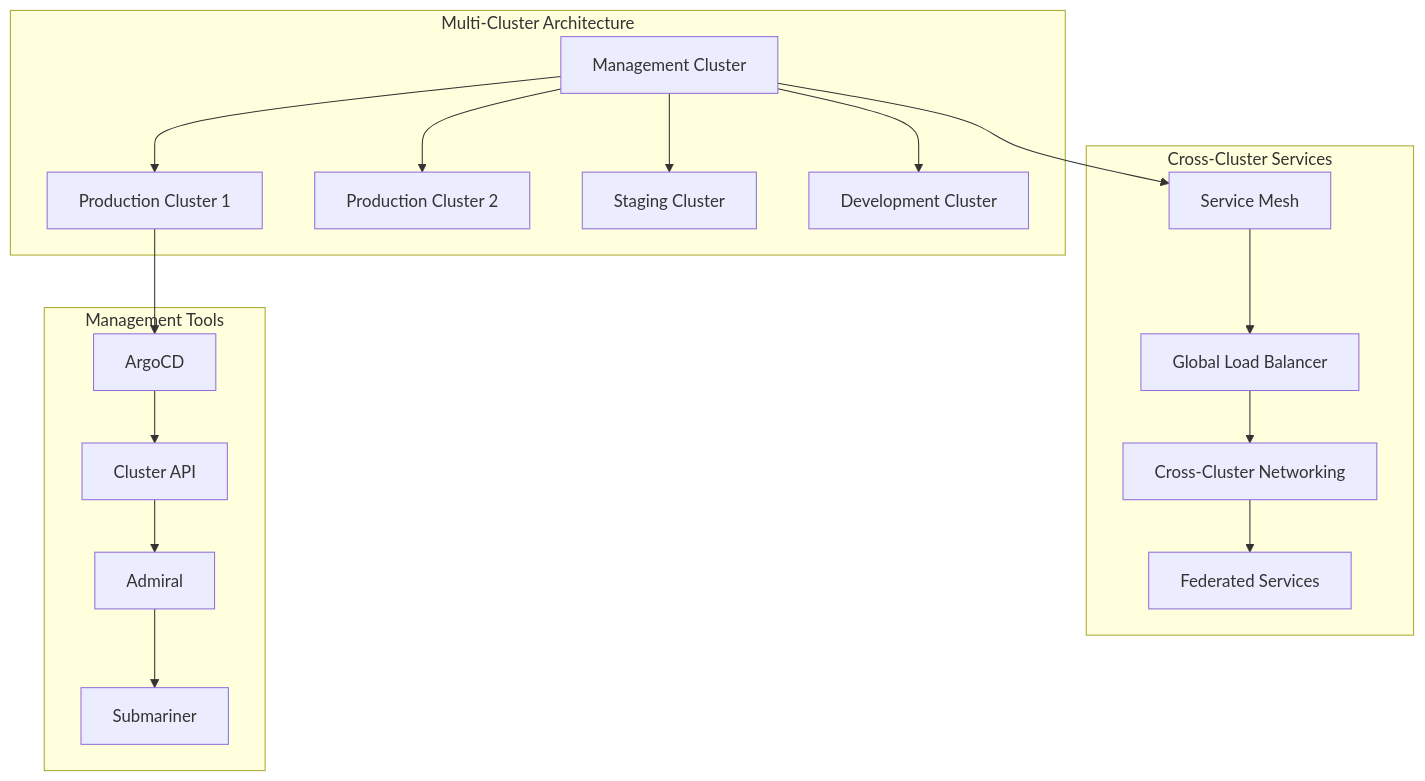
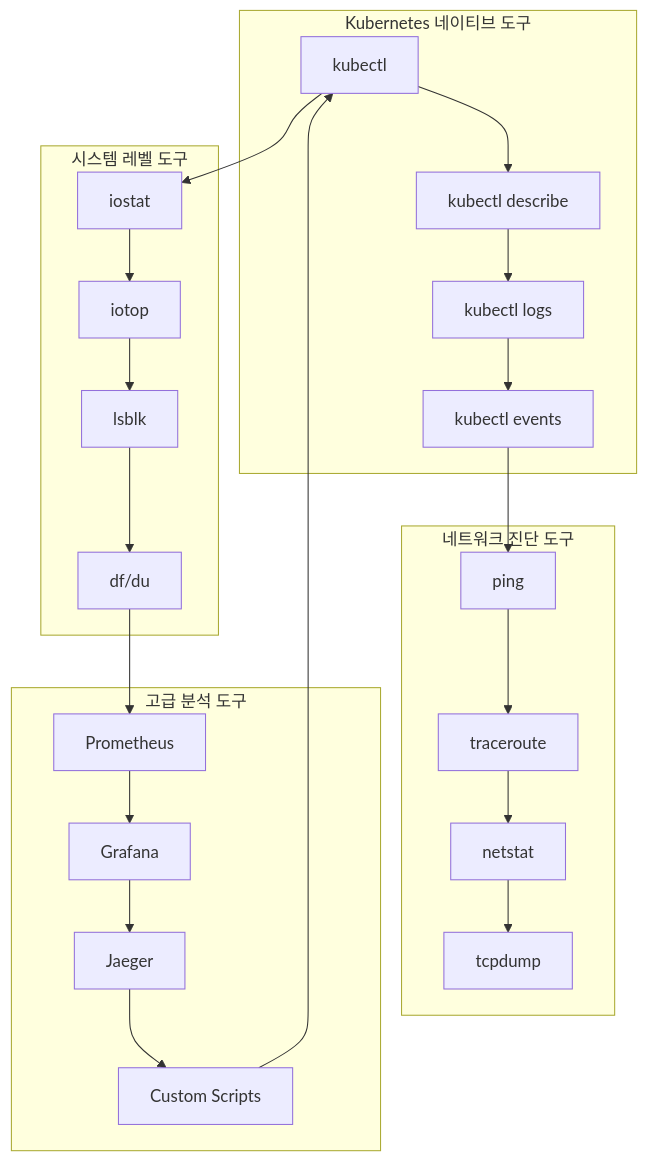
One commit to niceguy61/kdt_devops_lecture_2025 changed the second of 4 diagrams in week_02/day_04/session_06.md. Above: the diagram before and after it, drawn with Mermaid. The commit also changed other lines of this file and 38 other files, not shown here.

````diff
--- a/week_02/day_04/session_06.md
+++ b/week_02/day_04/session_06.md
@@ -15,24 +263,31 @@
 ```mermaid
 graph TB
-    subgraph "Multi-Cluster Architecture"
-        A[Management Cluster] --> B[Production Cluster 1]
-        A --> C[Production Cluster 2]
-        A --> D[Staging Cluster]
-        A --> E[Development Cluster]
+    subgraph "Kubernetes 네이티브 도구"
+        A[kubectl] --> B[kubectl describe]
+        B --> C[kubectl logs]
+        C --> D[kubectl events]
     end
     
-    subgraph "Cross-Cluster Services"
-        F[Service Mesh] --> G[Global Load Balancer]
-        G --> H[Cross-Cluster Networking]
-        H --> I[Federated Services]
+    subgraph "시스템 레벨 도구"
+        E[iostat] --> F[iotop]
+        F --> G[lsblk]
+        G --> H[df/du]
     end
     
-    subgraph "Management Tools"
-        J[ArgoCD] --> K[Cluster API]
-        K --> L[Admiral]
-        L --> M[Submariner]
+    subgraph "네트워크 진단 도구"
+        I[ping] --> J[traceroute]
+        J --> K[netstat]
+        K --> L[tcpdump]
     end
     
-    A --> F
-    B --> J
+    subgraph "고급 분석 도구"
+        M[Prometheus] --> N[Grafana]
+        N --> O[Jaeger]
+        O --> P[Custom Scripts]
+    end
+    
+    A --> E
+    D --> I
+    H --> M
+    P --> A
 ```
````
